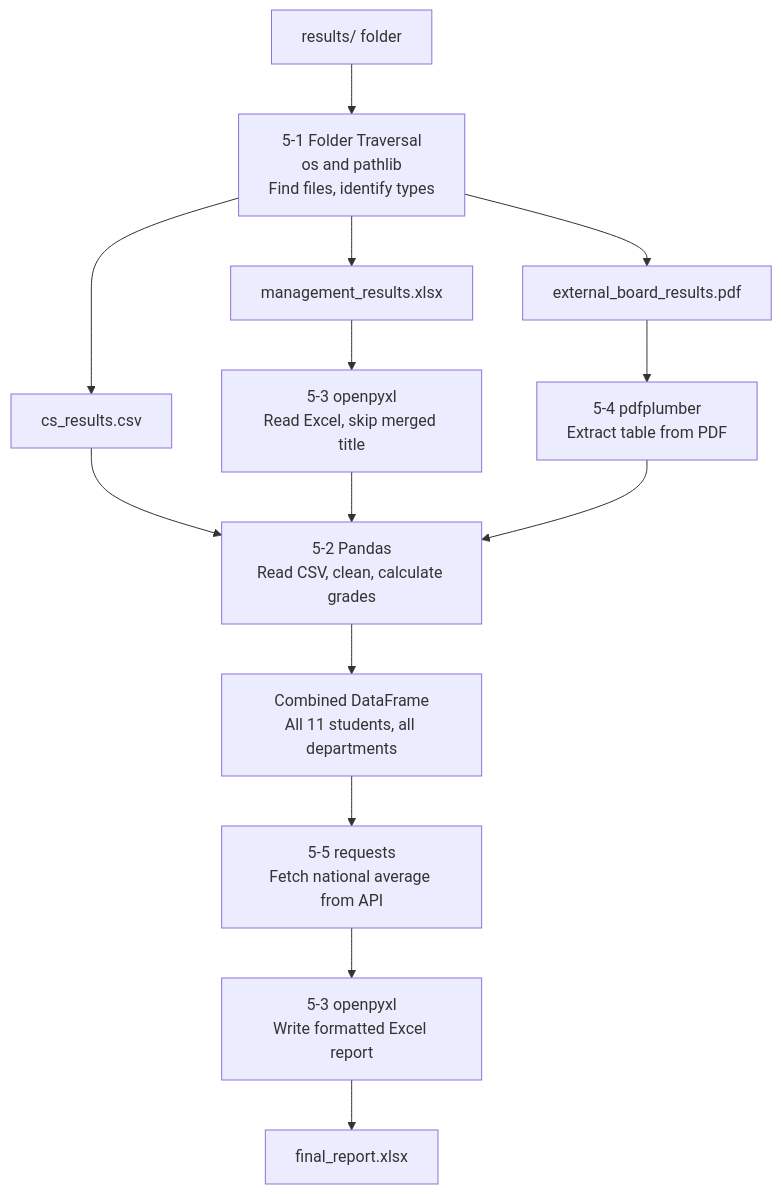
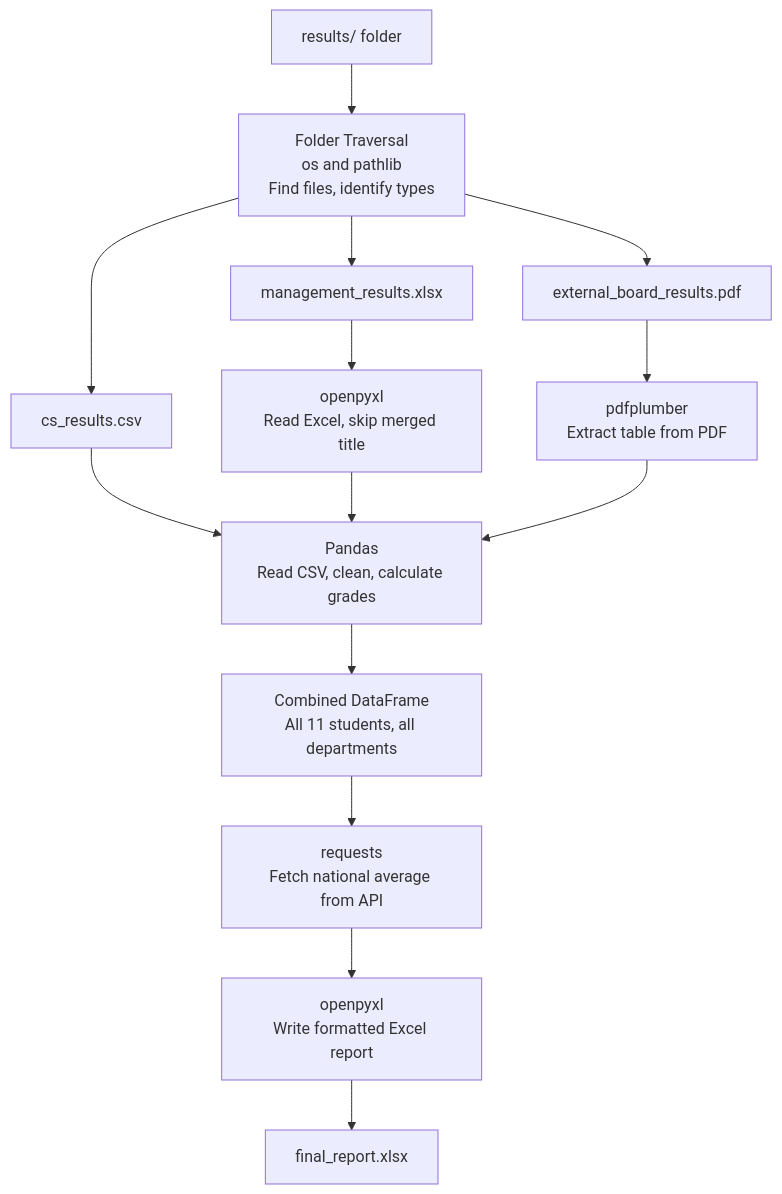
One commit to NamrataRev/Foundation-Of-Responsible-AI-Non-Tech changed the diagram in modules/TempWeek7/01.Python_Automation_Toolkit.md. Above: the diagram before and after it, drawn with Mermaid. The commit also changed other lines of this file, not shown here.

Commit message:
Update tool names and file references in documentation

````diff
--- a/modules/TempWeek7/01.Python_Automation_Toolkit.md
+++ b/modules/TempWeek7/01.Python_Automation_Toolkit.md
@@ -91,16 +91,16 @@
 ```mermaid
 flowchart TD
-    A[results/ folder] --> B[5-1 Folder Traversal\nos and pathlib\nFind files, identify types]
+    A[results/ folder] --> B[Folder Traversal\nos and pathlib\nFind files, identify types]
     B --> C[cs_results.csv]
     B --> D[management_results.xlsx]
     B --> E[external_board_results.pdf]
-    C --> F[5-2 Pandas\nRead CSV, clean, calculate grades]
-    D --> G[5-3 openpyxl\nRead Excel, skip merged title]
+    C --> F[Pandas\nRead CSV, clean, calculate grades]
+    D --> G[openpyxl\nRead Excel, skip merged title]
     G --> F
-    E --> H[5-4 pdfplumber\nExtract table from PDF]
+    E --> H[pdfplumber\nExtract table from PDF]
     H --> F
     F --> I[Combined DataFrame\nAll 11 students, all departments]
-    I --> J[5-5 requests\nFetch national average from API]
-    J --> K[5-3 openpyxl\nWrite formatted Excel report]
+    I --> J[requests\nFetch national average from API]
+    J --> K[openpyxl\nWrite formatted Excel report]
     K --> L[final_report.xlsx]
 ```
````
